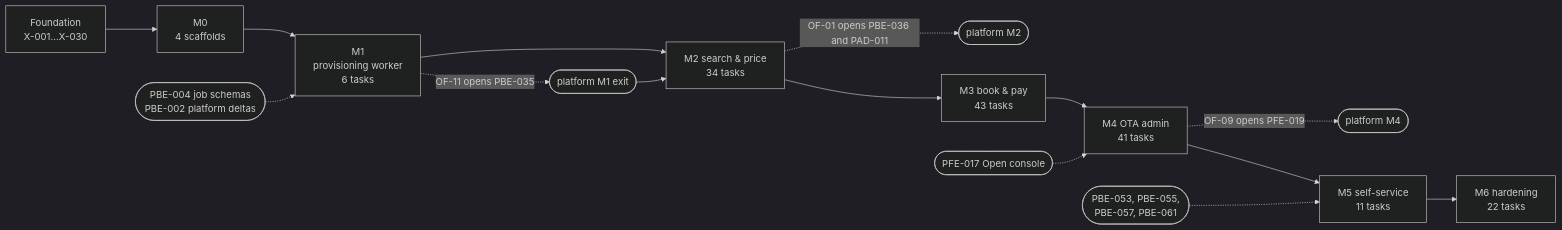
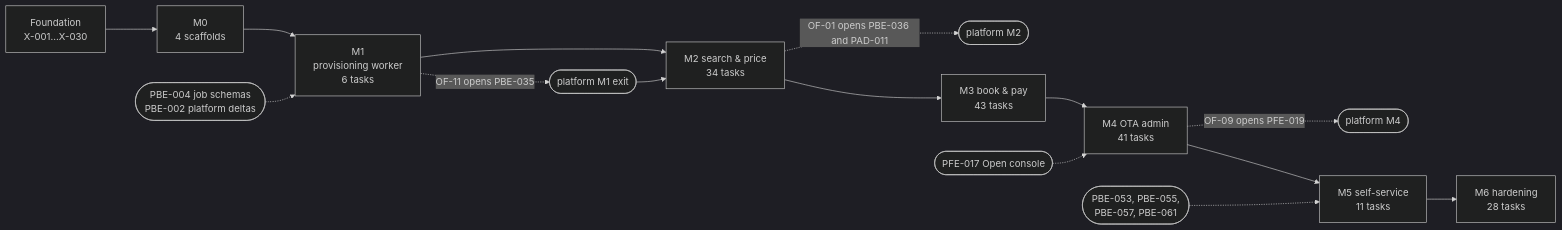
The diagram in ota/docs/plans/implementation-plan.md (bhagwati-prasad/velexis-ota), drawn with Mermaid (dark theme) before and after one commit. The commit also changed other lines of this file and 33 other files, not shown here.

First line of the commit message:
fix: plan the console setting, reconciliation close and rewrap tasks, re-baseline the roadmap, run E2E before every deploy, and check the SSH source address

````diff
--- a/ota/docs/plans/implementation-plan.md
+++ b/ota/docs/plans/implementation-plan.md
@@ -62,17 +62,17 @@
 ```mermaid
 flowchart LR
   F["Foundation<br/>X-001…X-030"] --> M0["M0<br/>4 scaffolds"]
   M0 --> M1["M1<br/>provisioning worker<br/>6 tasks"]
   P4(["PBE-004 job schemas<br/>PBE-002 platform deltas"]) -.-> M1
   M1 -. OF-11 opens PBE-035 .-> PM1(["platform M1 exit"])
   M1 --> M2["M2 search & price<br/>34 tasks"]
   PM1 --> M2
   M2 -. OF-01 opens PBE-036 and PAD-011 .-> PM2(["platform M2"])
   M2 --> M3["M3 book & pay<br/>43 tasks"]
   M3 --> M4["M4 OTA admin<br/>41 tasks"]
   PF17(["PFE-017 Open console"]) -.-> M4
   M4 -. OF-09 opens PFE-019 .-> PM4(["platform M4"])
   M4 --> M5["M5 self-service<br/>11 tasks"]
   PM5(["PBE-053, PBE-055,<br/>PBE-057, PBE-061"]) -.-> M5
-  M5 --> M6["M6 hardening<br/>22 tasks"]
+  M5 --> M6["M6 hardening<br/>28 tasks"]
 ```
````
